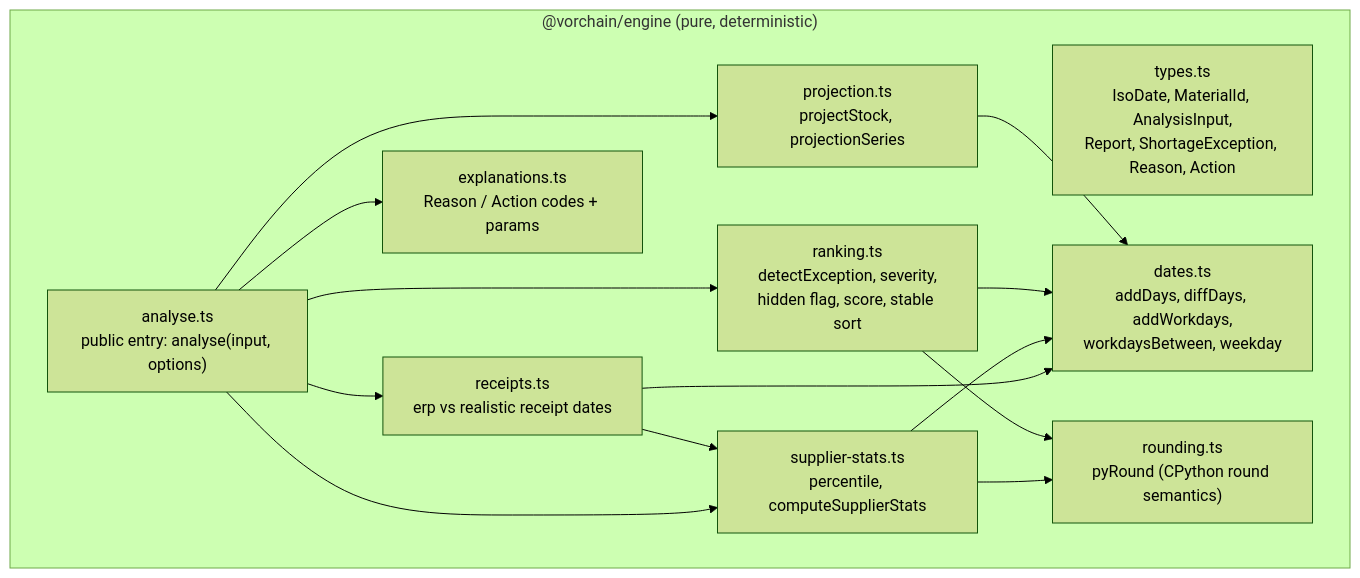
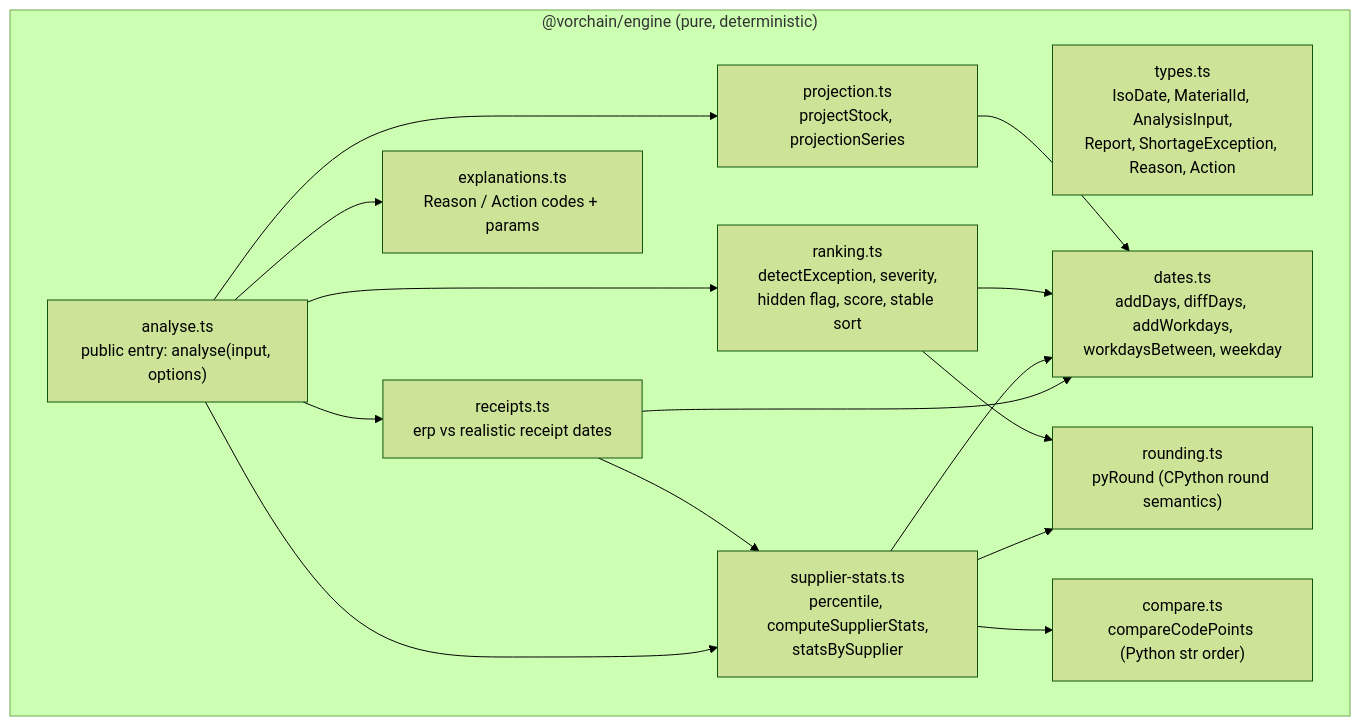
The fifth of 10 diagrams in docs/architecture/README.md (Sodabeh-Taherpanah/vorchain_project), drawn with Mermaid (forest theme) before and after one commit. The commit also changed other lines of this file and 12 other files, not shown here.

First line of the commit message:
feat(engine): compute supplier delay statistics (#6)

````diff
--- a/docs/architecture/README.md
+++ b/docs/architecture/README.md
@@ -119,19 +119,20 @@
 ```mermaid
 flowchart TB
   subgraph engine["@vorchain/engine (pure, deterministic)"]
     types["types.ts<br/>IsoDate, MaterialId, AnalysisInput,<br/>Report, ShortageException, Reason, Action"]
     dates["dates.ts<br/>addDays, diffDays, addWorkdays,<br/>workdaysBetween, weekday"]
     rounding["rounding.ts<br/>pyRound (CPython round semantics)"]
-    stats["supplier-stats.ts<br/>percentile, computeSupplierStats"]
+    stats["supplier-stats.ts<br/>percentile, computeSupplierStats,<br/>statsBySupplier"]
+    compare["compare.ts<br/>compareCodePoints (Python str order)"]
     receipts["receipts.ts<br/>erp vs realistic receipt dates"]
     projection["projection.ts<br/>projectStock, projectionSeries"]
     ranking["ranking.ts<br/>detectException, severity,<br/>hidden flag, score, stable sort"]
     explain["explanations.ts<br/>Reason / Action codes + params"]
     analyse["analyse.ts<br/>public entry: analyse(input, options)"]
   end
   analyse --> stats & receipts & projection & ranking & explain
   receipts --> stats & dates
-  stats --> dates & rounding
+  stats --> dates & rounding & compare
   ranking --> rounding & dates
   projection --> dates
 ```
````
